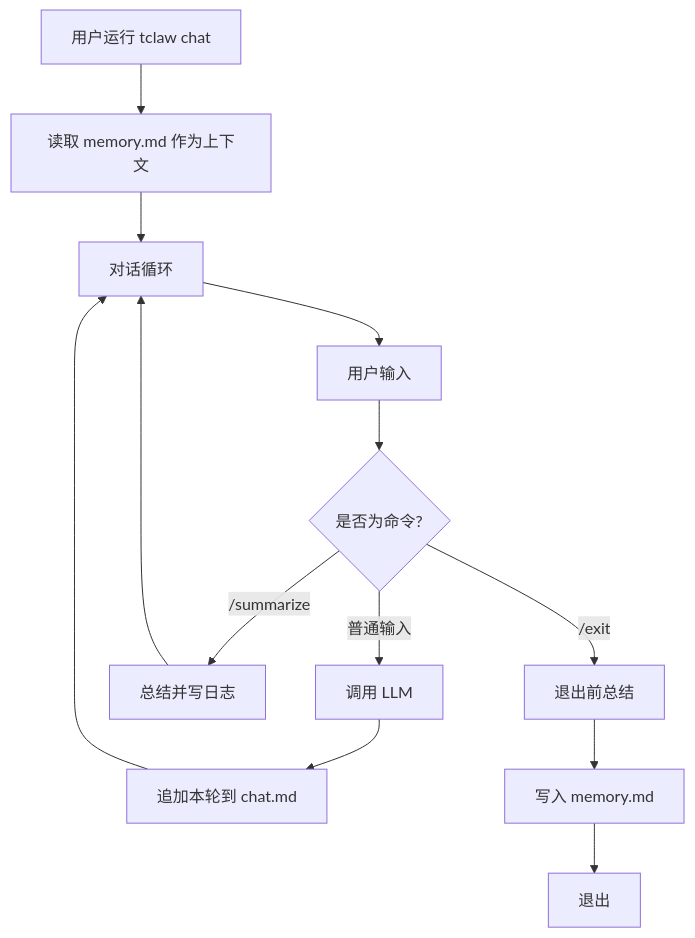
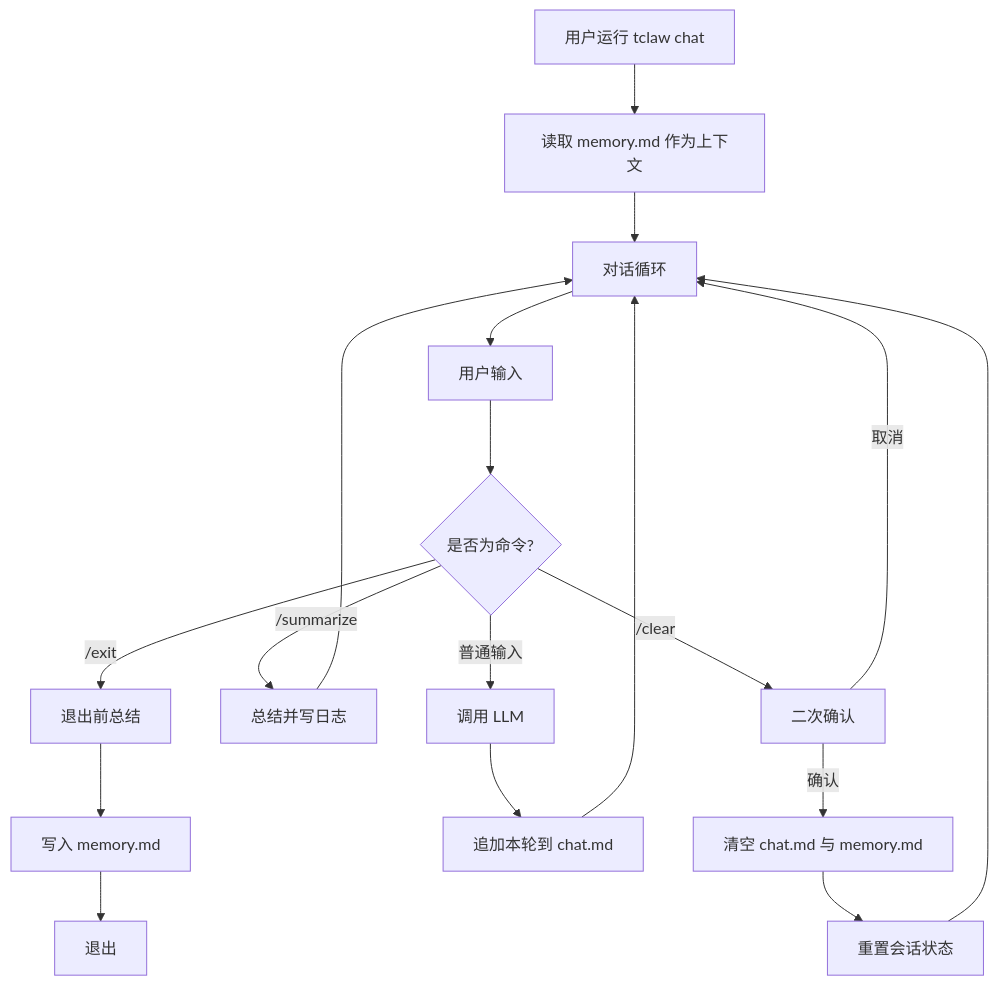
Before and after one commit to tree-lock/mini-openclaw: the third of 3 diagrams in docs/架构文档.md, drawn with Mermaid. The commit also changed other lines of this file and 8 other files, not shown here.

````diff
--- a/docs/架构文档.md
+++ b/docs/架构文档.md
@@ -108,15 +108,20 @@
 ```mermaid
 flowchart TB
   Start[用户运行 tclaw chat] --> LoadMem[读取 memory.md 作为上下文]
   LoadMem --> Loop[对话循环]
   Loop --> Input[用户输入]
   Input --> Cmd{是否为命令?}
   Cmd -->|/exit| Summarize[退出前总结]
   Cmd -->|/summarize| SumLog[总结并写日志]
   SumLog --> Loop
+  Cmd -->|/clear| Confirm[二次确认]
+  Confirm -->|确认| ClearFiles[清空 chat.md 与 memory.md]
+  ClearFiles --> ResetState[重置会话状态]
+  ResetState --> Loop
+  Confirm -->|取消| Loop
   Cmd -->|普通输入| LLM[调用 LLM]
   LLM --> Append[追加本轮到 chat.md]
   Append --> Loop
   Summarize --> WriteMem[写入 memory.md]
   WriteMem --> Exit[退出]
 ```
````
